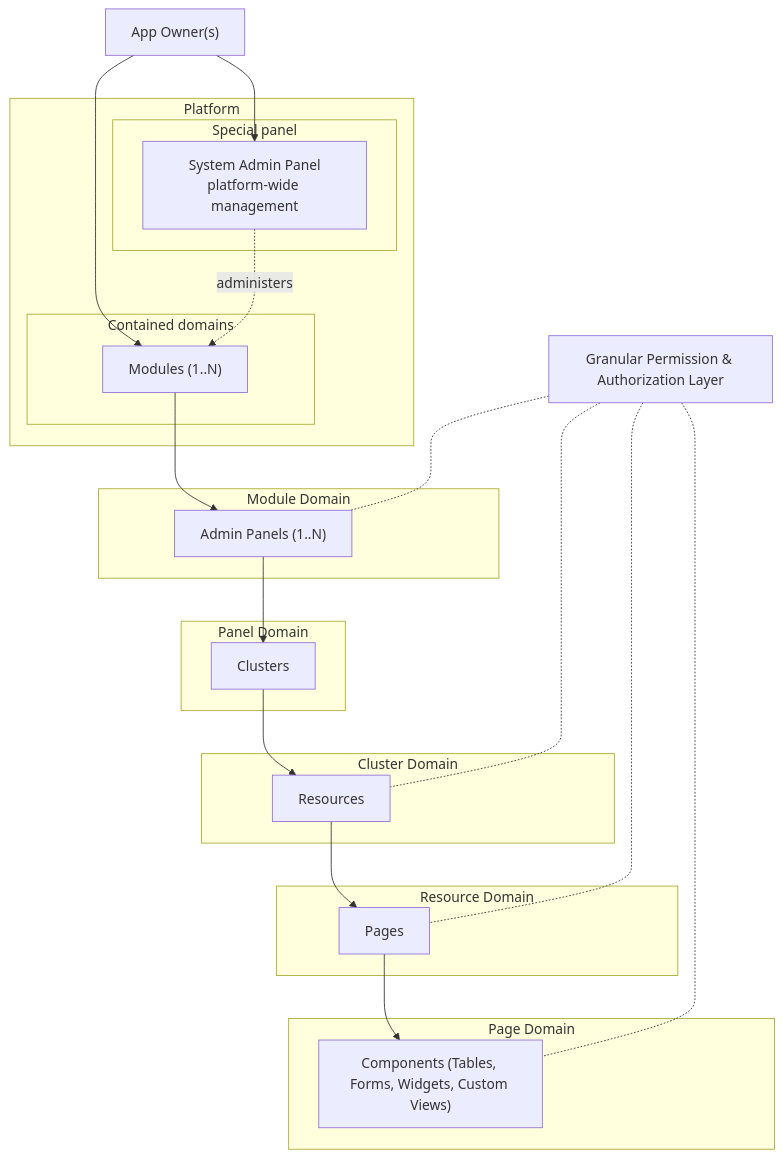
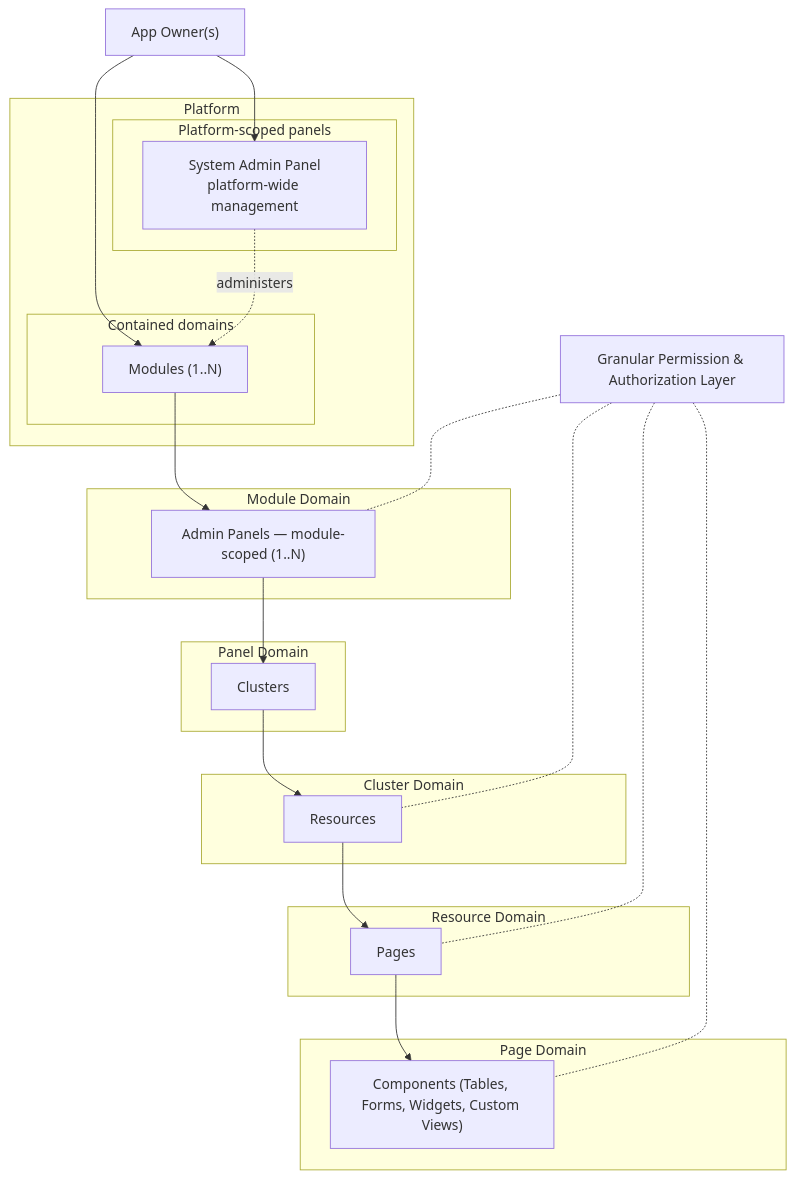
Before and after one commit to emyassine/framework: the second of 2 diagrams in refactor/README.md, drawn with Mermaid. The commit also changed other lines of this file and 1 other file, not shown here.

````diff
--- a/refactor/README.md
+++ b/refactor/README.md
@@ -63,47 +68,39 @@
 ```mermaid
 graph TD
     AO["App Owner(s)"]
-
     subgraph Platform ["Platform"]
-        subgraph Special ["Special panel"]
+        subgraph Special ["Platform-scoped panels"]
             SAP["System Admin Panel<br/>platform-wide management"]
         end
         subgraph Contained ["Contained domains"]
             MOD["Modules (1..N)"]
         end
     end
-
     subgraph Module ["Module Domain"]
-        AP["Admin Panels (1..N)"]
+        AP["Admin Panels — module-scoped (1..N)"]
     end
-
     subgraph Panel ["Panel Domain"]
         CL["Clusters"]
     end
-
     subgraph Cluster ["Cluster Domain"]
         RES["Resources"]
     end
-
     subgraph Resource ["Resource Domain"]
         PG["Pages"]
     end
-
     subgraph Page ["Page Domain"]
         CMP["Components (Tables, Forms, Widgets, Custom Views)"]
     end
-
     AO --> SAP
     AO --> MOD
     SAP -.->|administers| MOD
     MOD --> AP
     AP --> CL
     CL --> RES
     RES --> PG
     PG --> CMP
-
     AUTH["Granular Permission & Authorization Layer"] -.- AP
     AUTH -.- RES
     AUTH -.- PG
     AUTH -.- CMP
 ```
````
